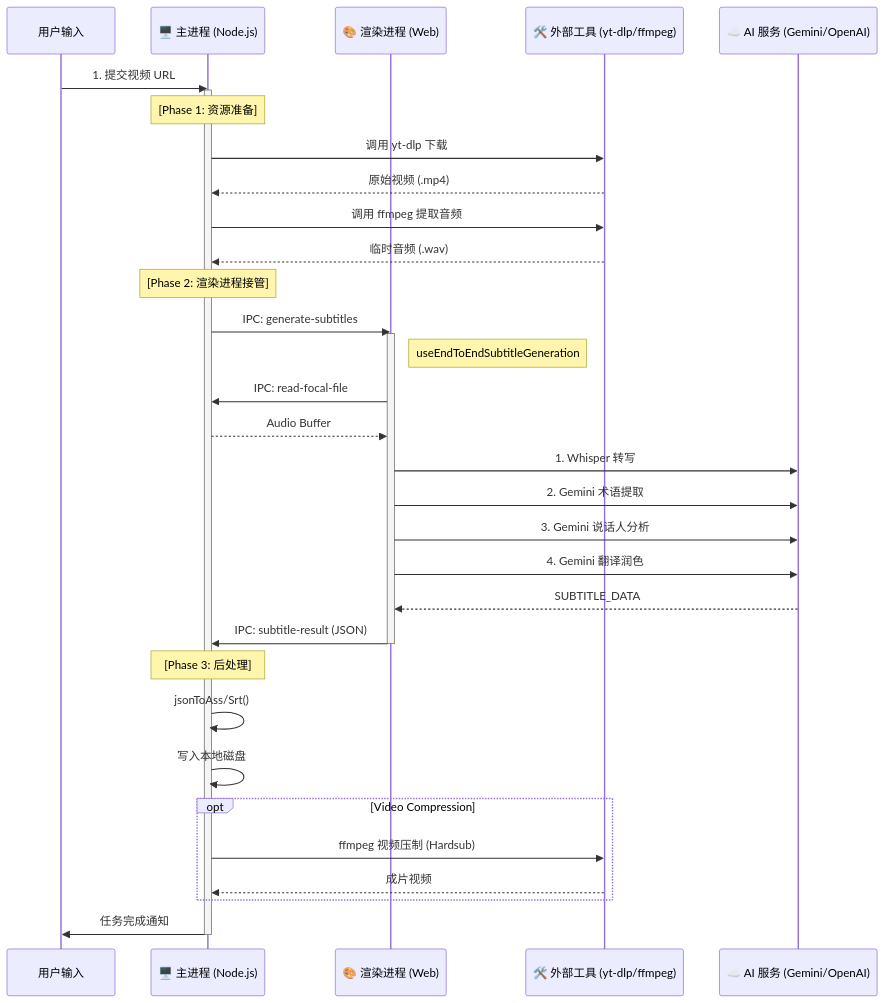
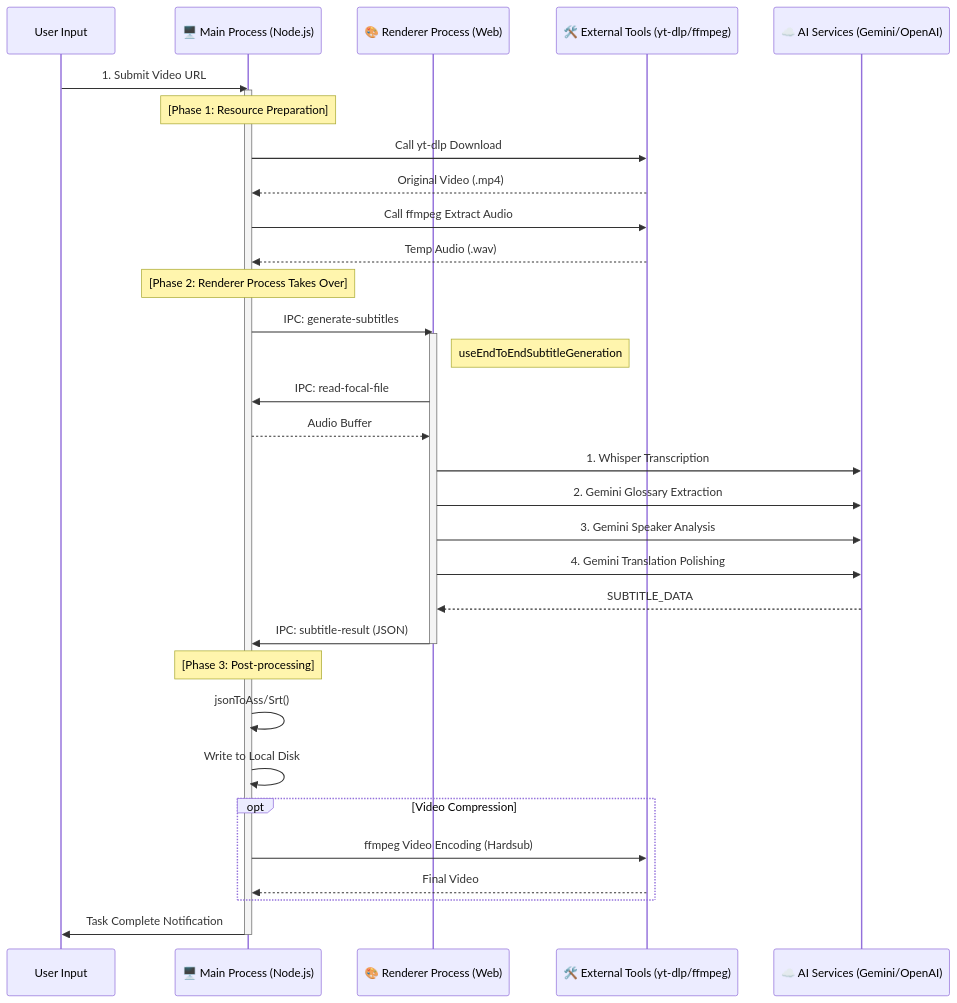
Before and after one commit to corvo007/MioSub: the tenth of 14 diagrams in docs/ARCHITECTURE.md, drawn with Mermaid. The commit also changed other lines of this file and 3 other files, not shown here.

First line of the commit message:
docs: add bilingual README and ARCHITECTURE documentation

````diff
--- a/docs/ARCHITECTURE.md
+++ b/docs/ARCHITECTURE.md
@@ -718,47 +720,47 @@
 ```mermaid
 sequenceDiagram
-    participant User as 用户输入
-    participant Main as 🖥️ 主进程 (Node.js)
-    participant Renderer as 🎨 渲染进程 (Web)
-    participant Ext as 🛠️ 外部工具 (yt-dlp/ffmpeg)
-    participant AI as ☁️ AI 服务 (Gemini/OpenAI)
+    participant User as User Input
+    participant Main as 🖥️ Main Process (Node.js)
+    participant Renderer as 🎨 Renderer Process (Web)
+    participant Ext as 🛠️ External Tools (yt-dlp/ffmpeg)
+    participant AI as ☁️ AI Services (Gemini/OpenAI)
 
-    User->>Main: 1. 提交视频 URL
+    User->>Main: 1. Submit Video URL
     activate Main
 
-    note over Main: [Phase 1: 资源准备]
-    Main->>Ext: 调用 yt-dlp 下载
-    Ext-->>Main: 原始视频 (.mp4)
-    Main->>Ext: 调用 ffmpeg 提取音频
-    Ext-->>Main: 临时音频 (.wav)
+    note over Main: [Phase 1: Resource Preparation]
+    Main->>Ext: Call yt-dlp Download
+    Ext-->>Main: Original Video (.mp4)
+    Main->>Ext: Call ffmpeg Extract Audio
+    Ext-->>Main: Temp Audio (.wav)
 
-    note over Main: [Phase 2: 渲染进程接管]
+    note over Main: [Phase 2: Renderer Process Takes Over]
     Main->>Renderer: IPC: generate-subtitles
     activate Renderer
 
     note right of Renderer: useEndToEndSubtitleGeneration
     Renderer->>Main: IPC: read-focal-file
     Main-->>Renderer: Audio Buffer
 
-    Renderer->>AI: 1. Whisper 转写
-    Renderer->>AI: 2. Gemini 术语提取
-    Renderer->>AI: 3. Gemini 说话人分析
-    Renderer->>AI: 4. Gemini 翻译润色
+    Renderer->>AI: 1. Whisper Transcription
+    Renderer->>AI: 2. Gemini Glossary Extraction
+    Renderer->>AI: 3. Gemini Speaker Analysis
+    Renderer->>AI: 4. Gemini Translation Polishing
 
     AI-->>Renderer: SUBTITLE_DATA
 
     Renderer->>Main: IPC: subtitle-result (JSON)
     deactivate Renderer
 
-    note over Main: [Phase 3: 后处理]
+    note over Main: [Phase 3: Post-processing]
     Main->>Main: jsonToAss/Srt()
-    Main->>Main: 写入本地磁盘
+    Main->>Main: Write to Local Disk
 
     opt Video Compression
-        Main->>Ext: ffmpeg 视频压制 (Hardsub)
-        Ext-->>Main: 成片视频
+        Main->>Ext: ffmpeg Video Encoding (Hardsub)
+        Ext-->>Main: Final Video
     end
 
-    Main->>User: 任务完成通知
+    Main->>User: Task Complete Notification
     deactivate Main
 ```
````
